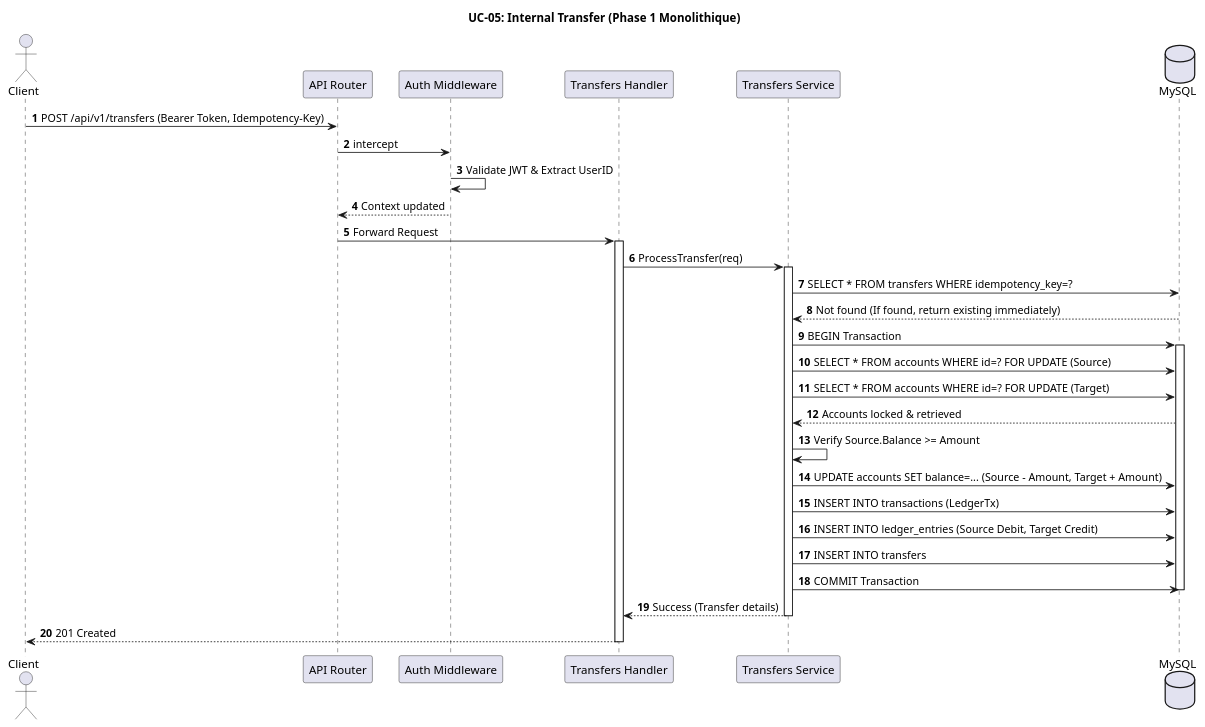
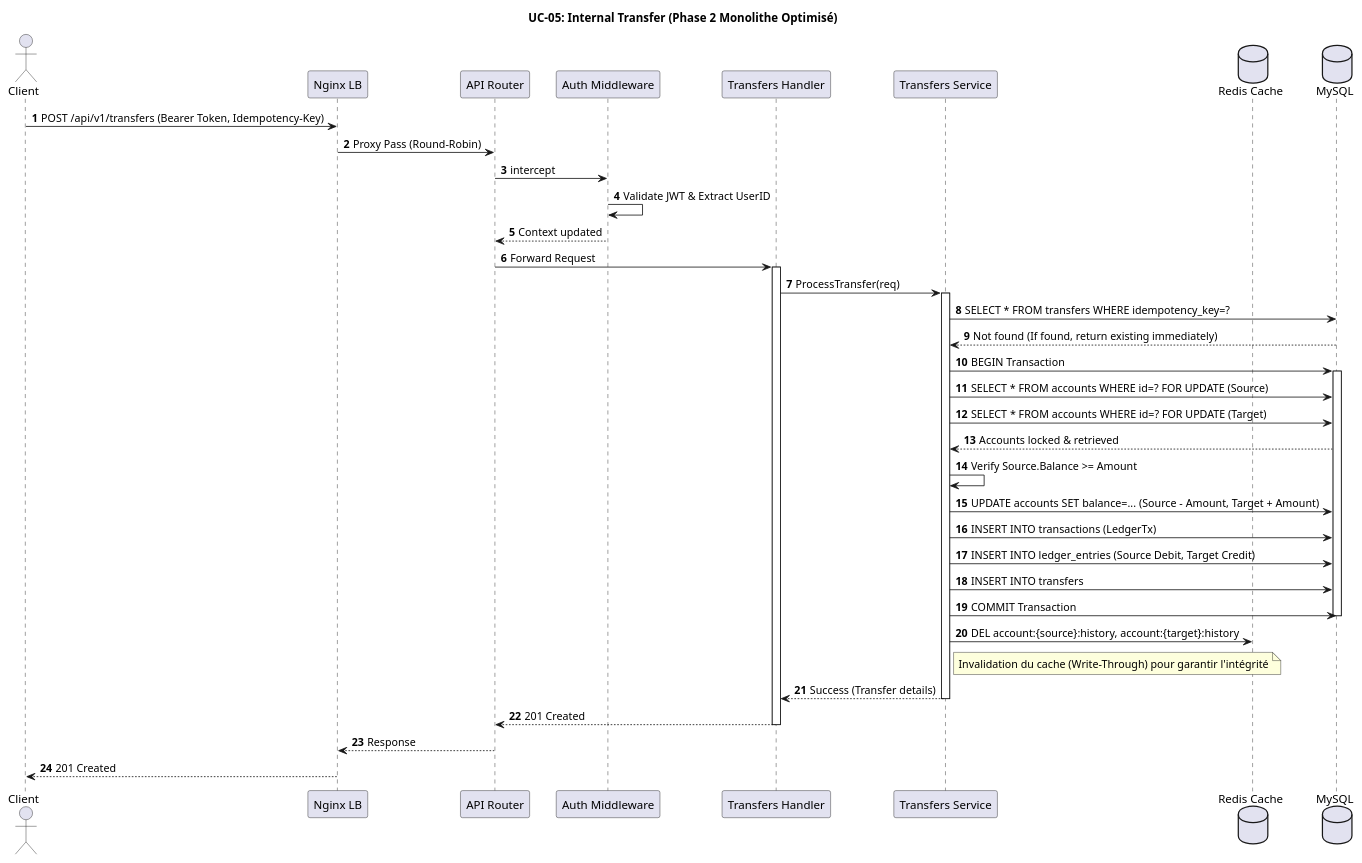
The diagram in docs/architecture/puml/phase1_monolithique/process_view_uc05_transfer.puml (VelaSam/CanBankX_Samuel_Velasco), drawn with PlantUML before and after one commit. The commit also changed 4 other files, not shown here.

```diff
--- a/docs/architecture/puml/phase1_monolithique/process_view_uc05_transfer.puml
+++ b/docs/architecture/puml/phase1_monolithique/process_view_uc05_transfer.puml
@@ -1,45 +1,54 @@
 @startuml process_view_uc05_transfer_phase1_monolithique
-title UC-05: Internal Transfer (Phase 1 Monolithique)
+title UC-05: Internal Transfer (Phase 2 Monolithe Optimisé)
 autonumber
 
 actor Client
+participant "Nginx LB" as LB
 participant "API Router" as Router
 participant "Auth Middleware" as Middleware
 participant "Transfers Handler" as Handler
 participant "Transfers Service" as Transfers
+database "Redis Cache" as Redis
 database "MySQL" as DB
 
-Client -> Router: POST /api/v1/transfers (Bearer Token, Idempotency-Key)
+Client -> LB: POST /api/v1/transfers (Bearer Token, Idempotency-Key)
+LB -> Router: Proxy Pass (Round-Robin)
 Router -> Middleware: intercept
 Middleware -> Middleware: Validate JWT & Extract UserID
 Middleware --> Router: Context updated
 
 Router -> Handler: Forward Request
 activate Handler
 Handler -> Transfers: ProcessTransfer(req)
 activate Transfers
 
 Transfers -> DB: SELECT * FROM transfers WHERE idempotency_key=?
 DB --> Transfers: Not found (If found, return existing immediately)
 
 Transfers -> DB: BEGIN Transaction
 activate DB
 Transfers -> DB: SELECT * FROM accounts WHERE id=? FOR UPDATE (Source)
 Transfers -> DB: SELECT * FROM accounts WHERE id=? FOR UPDATE (Target)
 DB --> Transfers: Accounts locked & retrieved
 
 Transfers -> Transfers: Verify Source.Balance >= Amount
 Transfers -> DB: UPDATE accounts SET balance=... (Source - Amount, Target + Amount)
 Transfers -> DB: INSERT INTO transactions (LedgerTx)
 Transfers -> DB: INSERT INTO ledger_entries (Source Debit, Target Credit)
 Transfers -> DB: INSERT INTO transfers
 Transfers -> DB: COMMIT Transaction
 deactivate DB
 
+Transfers -> Redis: DEL account:{source}:history, account:{target}:history
+note right of Transfers: Invalidation du cache (Write-Through) pour garantir l'intégrité
+
 Transfers --> Handler: Success (Transfer details)
 deactivate Transfers
 
-Handler --> Client: 201 Created
+Handler --> Router: 201 Created
 deactivate Handler
 
+Router --> LB: Response
+LB --> Client: 201 Created
+
 @enduml
```
